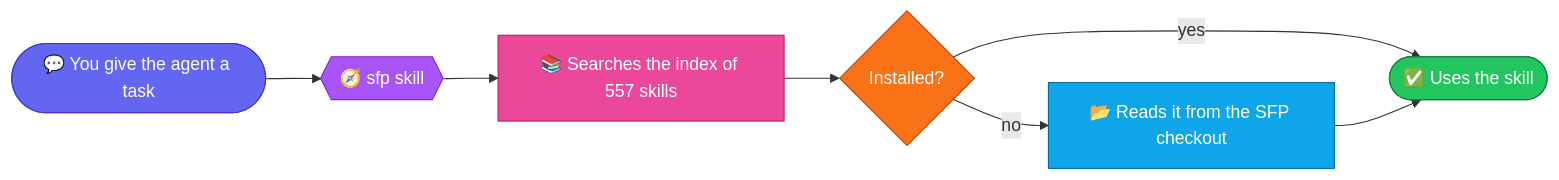
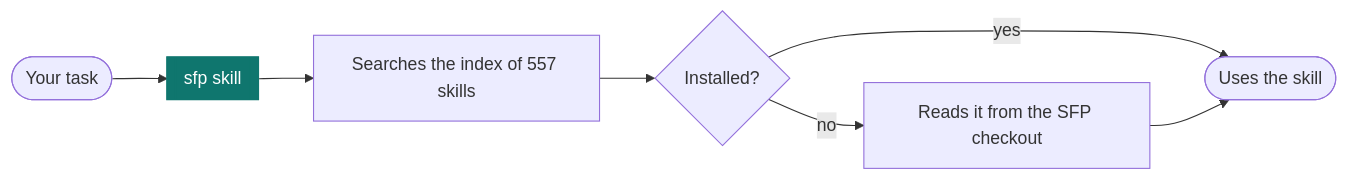
Before and after one commit to siddu1004/SFP: the diagram in README.md, drawn with Mermaid. The commit also changed other lines of this file and 22 other files, not shown here.

````diff
--- a/README.md
+++ b/README.md
@@ -37,15 +38,11 @@
 ```mermaid
 flowchart LR
-    A([💬 You give the agent a task]) --> B{{🧭 sfp skill}}
-    B --> C[📚 Searches the index of 557 skills]
-    C --> D{Installed?}
-    D -- yes --> E([✅ Uses the skill])
-    D -- no --> F[📂 Reads it from the SFP checkout]
-    F --> E
-    style A fill:#6366f1,stroke:#4338ca,color:#fff
-    style B fill:#a855f7,stroke:#7e22ce,color:#fff
-    style C fill:#ec4899,stroke:#be185d,color:#fff
-    style D fill:#f97316,stroke:#c2410c,color:#fff
-    style E fill:#22c55e,stroke:#15803d,color:#fff
-    style F fill:#0ea5e9,stroke:#0369a1,color:#fff
+    task([Your task]) --> sfp[[sfp skill]]
+    sfp --> index[Searches the index of 557 skills]
+    index --> installed{Installed?}
+    installed -- yes --> use([Uses the skill])
+    installed -- no --> read[Reads it from the SFP checkout]
+    read --> use
+    classDef key fill:#0f766e,stroke:#0f766e,color:#ffffff
+    class sfp key
 ```
````
